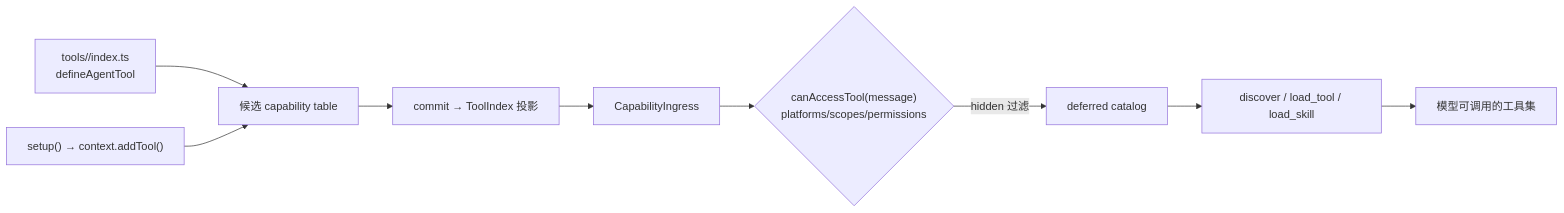
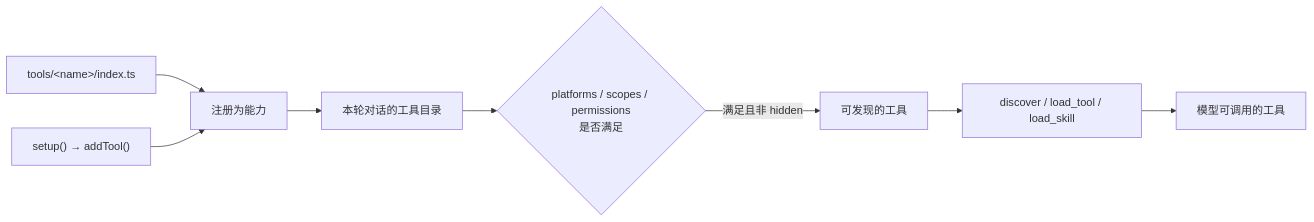
One commit to zhinjs/zhin changed the diagram in docs/authoring/agent-tools.md. Above: the diagram before and after it, drawn with Mermaid. The commit also changed other lines of this file and 65 other files, not shown here.

````diff
--- a/docs/authoring/agent-tools.md
+++ b/docs/authoring/agent-tools.md
@@ -23,11 +290,10 @@
 ```mermaid
 flowchart LR
-    A["tools/<name>/index.ts<br/>defineAgentTool"] --> C[候选 capability table]
-    B["setup() → context.addTool()"] --> C
-    C --> D["commit → ToolIndex 投影"]
-    D --> E[CapabilityIngress]
-    E --> F{"canAccessTool(message)<br/>platforms/scopes/permissions"}
-    F -->|hidden 过滤| G[deferred catalog]
+    A["tools/&lt;name&gt;/index.ts"] --> C[注册为能力]
+    B["setup() → addTool()"] --> C
+    C --> D[本轮对话的工具目录]
+    D --> F{"platforms / scopes / permissions<br/>是否满足"}
+    F -->|满足且非 hidden| G[可发现的工具]
     G --> H["discover / load_tool / load_skill"]
-    H --> I[模型可调用的工具集]
+    H --> I[模型可调用的工具]
 ```
````
